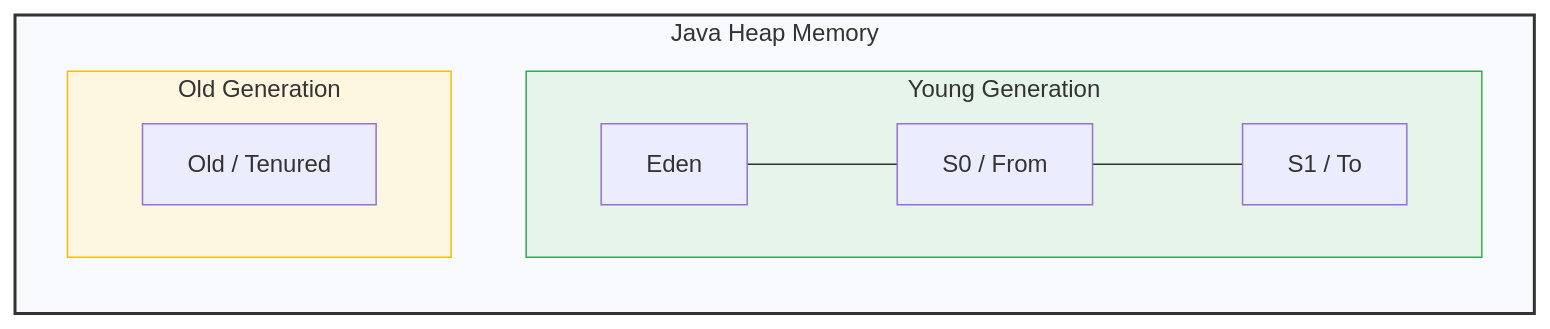
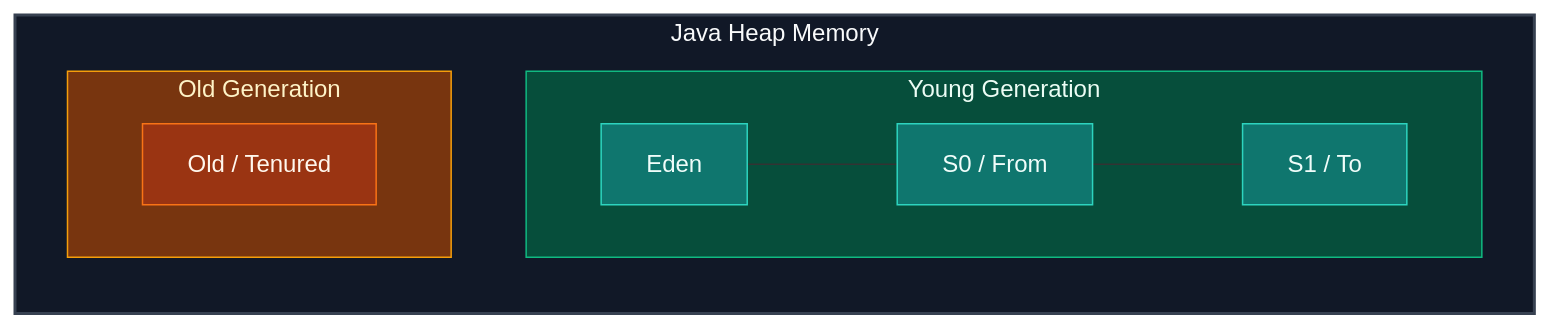
The third of 12 diagrams in Java_jdbc_hibernate_SpringBoot/analysis/Java_Analysis.md (SaiTeja301/My_Interview_Preparation), drawn with Mermaid before and after one commit. The commit also changed other lines of this file, not shown here.

Commit message:
style(mermaid): enhance all diagrams for light and dark mode compatibility

````diff
--- a/Java_jdbc_hibernate_SpringBoot/analysis/Java_Analysis.md
+++ b/Java_jdbc_hibernate_SpringBoot/analysis/Java_Analysis.md
@@ -141,16 +156,21 @@
 ```mermaid
 graph LR
     subgraph HEAP ["Java Heap Memory"]
         subgraph YG ["Young Generation"]
             direction LR
             Eden["Eden"] --- S0["S0 / From"] --- S1["S1 / To"]
         end
         subgraph OG ["Old Generation"]
             Old["Old / Tenured"]
         end
     end
 
-    style HEAP fill:#f9fafd,stroke:#333,stroke-width:2px
-    style YG fill:#e6f4ea,stroke:#34a853,stroke-width:1px
-    style OG fill:#fef7e0,stroke:#fbbc05,stroke-width:1px
+    style HEAP fill:#111827,stroke:#374151,color:#F9FAFB,stroke-width:2px
+    style YG fill:#064E3B,stroke:#10B981,color:#ECFDF5,stroke-width:1px
+    style OG fill:#78350F,stroke:#F59E0B,color:#FEF3C7,stroke-width:1px
+
+    classDef ygNode fill:#0F766E,stroke:#2DD4BF,color:#F0FDFA,stroke-width:1px;
+    classDef ogNode fill:#9A3412,stroke:#F97316,color:#FFF7ED,stroke-width:1px;
+    class Eden,S0,S1 ygNode;
+    class Old ogNode;
 ```
````
